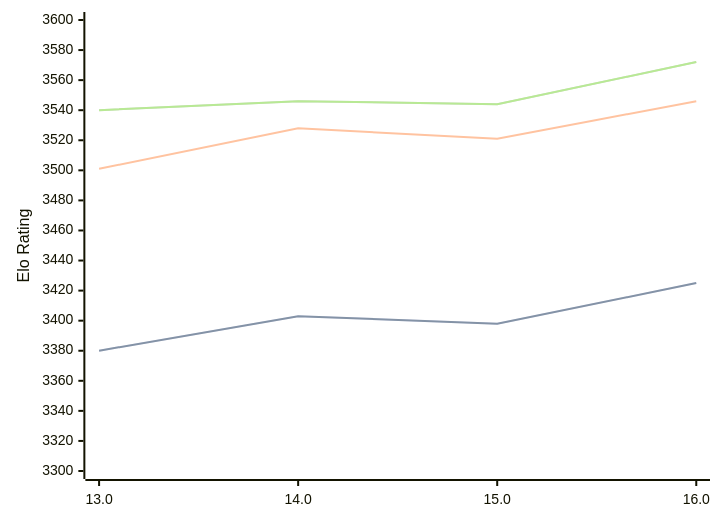
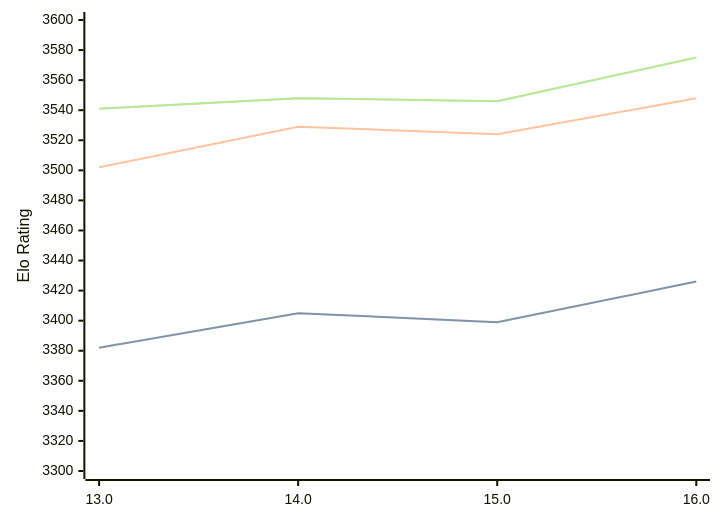
The diagram in engines/Obsidian.md (computer-chess-index/cci), drawn with Mermaid before and after one commit. The commit also changed other lines of this file, not shown here.

Commit message:
Update CCI Ratings (ELO VLTC) - 2026-08-15

````diff
--- a/engines/Obsidian.md
+++ b/engines/Obsidian.md
@@ -34,11 +34,11 @@
 ```mermaid
 %%{init: {"theme":"base","themeVariables":{"seriesColors:['#a3a3a3','#222221','#faa371']}}}%%
 xychart-beta
   x-axis ["13.0", "14.0", "15.0", "16.0"]
   y-axis "Elo Rating" 3300 --> 3600
-  line "STC (8.0+0.08s)" [3380, 3403, 3398, 3425]
-  line "STC (8.0+0.08s)" [3380, 3403, 3398, 3425]
-  line "LTC (60.0+0.60s)" [3501, 3528, 3521, 3546]
-  line "VLTC (2m24s+1.12s)" [3540, 3546, 3544, 3572]
-  line "VLTC (2m24s+1.12s)" [3540, 3546, 3544, 3572]
+  line "STC (8.0+0.08s)" [3382, 3405, 3399, 3426]
+  line "STC (8.0+0.08s)" [3382, 3405, 3399, 3426]
+  line "LTC (60.0+0.60s)" [3502, 3529, 3524, 3548]
+  line "VLTC (2m24s+1.12s)" [3541, 3548, 3546, 3575]
+  line "VLTC (2m24s+1.12s)" [3541, 3548, 3546, 3575]
 ```
````
